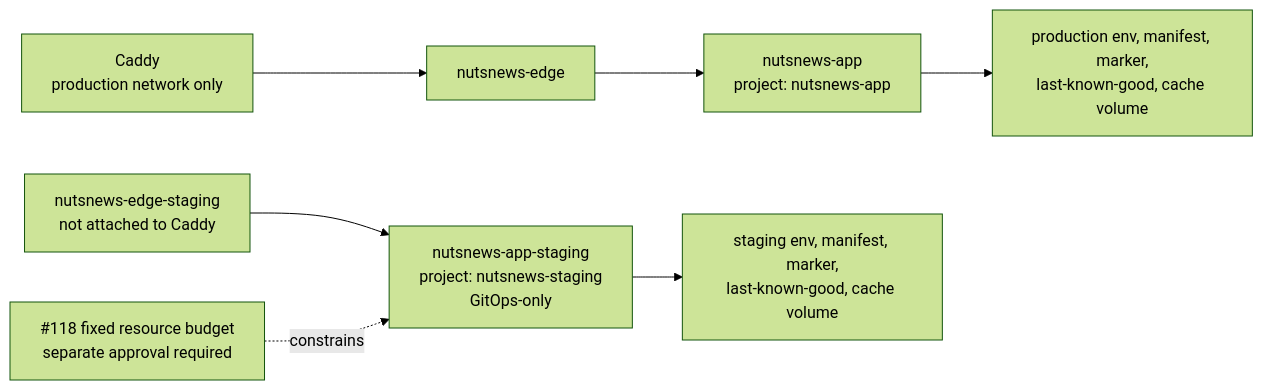
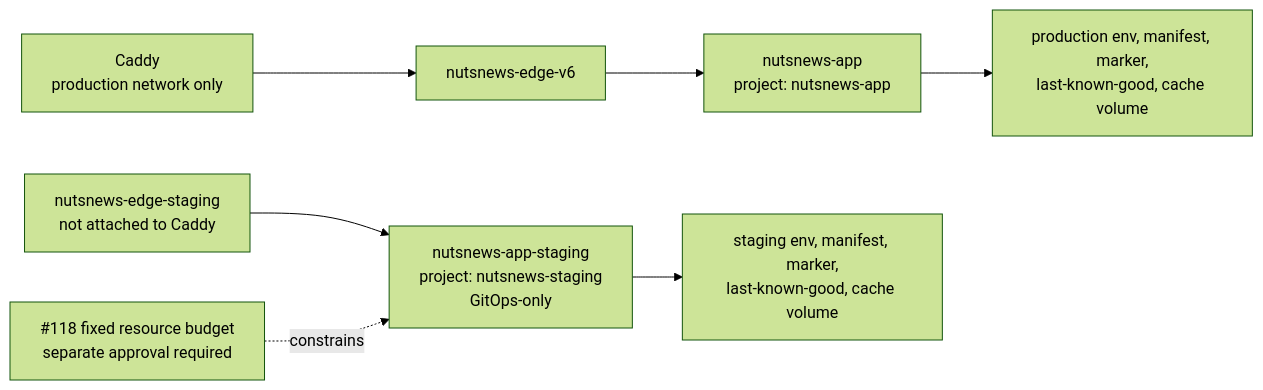
Before and after one commit to ramideltoro/nutsnews-docs: the diagram in NUTSNEWS_VPS_RUNTIME_ENVIRONMENT_ISOLATION.md, drawn with Mermaid (forest theme). The commit also changed other lines of this file and 2 other files, not shown here.

Commit message:
Document production Docker network v6 identity

````diff
--- a/NUTSNEWS_VPS_RUNTIME_ENVIRONMENT_ISOLATION.md
+++ b/NUTSNEWS_VPS_RUNTIME_ENVIRONMENT_ISOLATION.md
@@ -87,12 +87,12 @@
 ```mermaid
 flowchart LR
-  caddy["Caddy\nproduction network only"] --> prodNet["nutsnews-edge"]
+  caddy["Caddy\nproduction network only"] --> prodNet["nutsnews-edge-v6"]
   prodNet --> prodApp["nutsnews-app\nproject: nutsnews-app"]
 
   stageNet["nutsnews-edge-staging\nnot attached to Caddy"] --> stageApp["nutsnews-app-staging\nproject: nutsnews-staging\nGitOps-only"]
 
   prodApp --> prodState["production env, manifest, marker,\nlast-known-good, cache volume"]
   stageApp --> stageState["staging env, manifest, marker,\nlast-known-good, cache volume"]
 
   budget["#118 fixed resource budget\nseparate approval required"] -. constrains .-> stageApp
 ```
````
